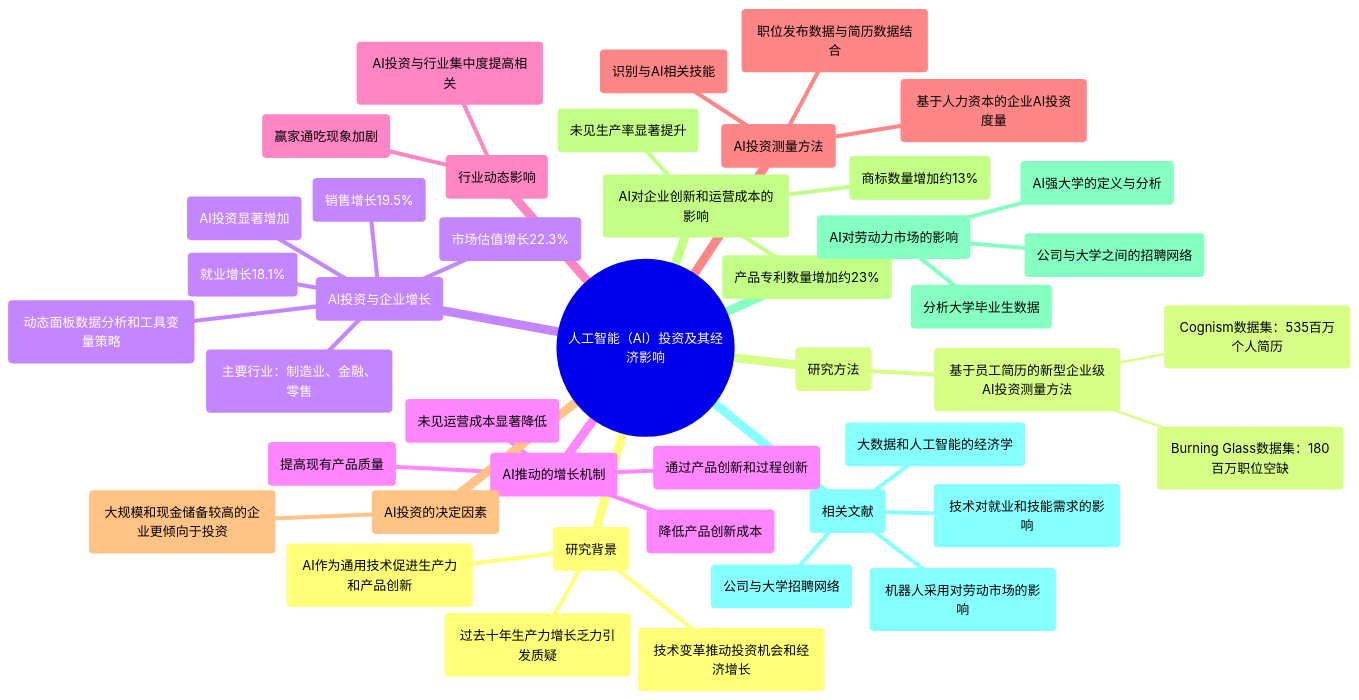
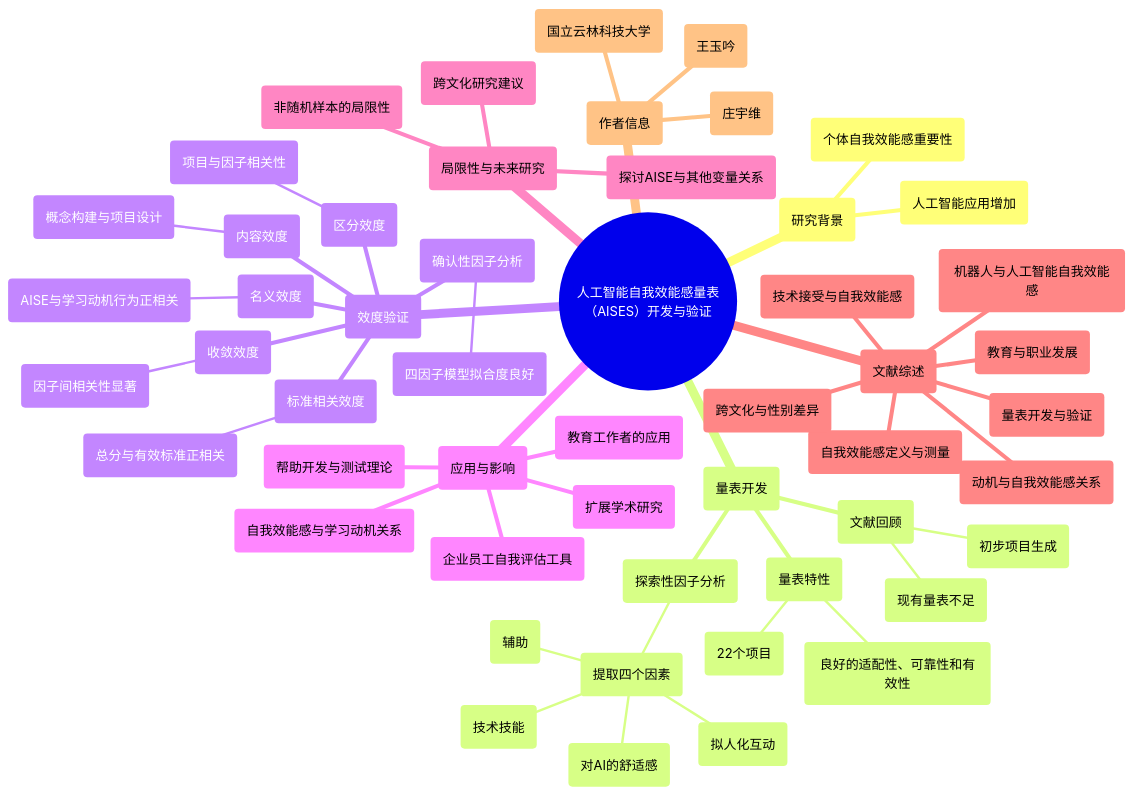
One commit to Fabreque/charles changed the first of 44 diagrams in AI技术类文章.md. Above: the diagram before and after it, drawn with Mermaid. The commit also changed other lines of this file and 6 other files, not shown here.

````diff
--- a/AI技术类文章.md
+++ b/AI技术类文章.md
@@ -119,46 +125,55 @@
 ```mermaid
 mindmap
-  root((人工智能（AI）投资及其经济影响))
+  root((人工智能自我效能感量表（AISES）开发与验证))
     ("研究背景")
-      ("技术变革推动投资机会和经济增长")
-      ("AI作为通用技术促进生产力和产品创新")
-      ("过去十年生产力增长乏力引发质疑")
-    ("研究方法")
-      ("基于员工简历的新型企业级AI投资测量方法")
-        ("Cognism数据集：535百万个人简历")
-        ("Burning Glass数据集：180百万职位空缺")
-    ("AI投资与企业增长")
-      ("AI投资显著增加")
-      ("销售增长19.5%")
-      ("就业增长18.1%")
-      ("市场估值增长22.3%")
-      ("主要行业：制造业、金融、零售")
-      ("动态面板数据分析和工具变量策略")
-    ("AI推动的增长机制")
-      ("通过产品创新和过程创新")
-      ("降低产品创新成本")
-      ("提高现有产品质量")
-      ("未见运营成本显著降低")
-    ("行业动态影响")
-      ("AI投资与行业集中度提高相关")
-      ("赢家通吃现象加剧")
-    ("AI投资测量方法")
-      ("基于人力资本的企业AI投资度量")
-      ("识别与AI相关技能")
-      ("职位发布数据与简历数据结合")
-    ("AI投资的决定因素")
-      ("大规模和现金储备较高的企业更倾向于投资")
-    ("AI对企业创新和运营成本的影响")
-      ("商标数量增加约13%")
-      ("产品专利数量增加约23%")
-      ("未见生产率显著提升")
-    ("AI对劳动力市场的影响")
-      ("分析大学毕业生数据")
-      ("公司与大学之间的招聘网络")
-      ("AI强大学的定义与分析")
-    ("相关文献")
-      ("技术对就业和技能需求的影响")
-      ("公司与大学招聘网络")
-      ("机器人采用对劳动市场的影响")
-      ("大数据和人工智能的经济学")
+      ("人工智能应用增加")
+      ("个体自我效能感重要性")
+    ("量表开发")
+      ("文献回顾")
+        ("现有量表不足")
+        ("初步项目生成")
+      ("探索性因子分析")
+        ("提取四个因素")
+          ("辅助")
+          ("拟人化互动")
+          ("对AI的舒适感")
+          ("技术技能")
+      ("量表特性")
+        ("22个项目")
+        ("良好的适配性、可靠性和有效性")
+    ("效度验证")
+      ("收敛效度")
+        ("因子间相关性显著")
+      ("区分效度")
+        ("项目与因子相关性")
+      ("内容效度")
+        ("概念构建与项目设计")
+      ("标准相关效度")
+        ("总分与有效标准正相关")
+      ("名义效度")
+        ("AISE与学习动机行为正相关")
+      ("确认性因子分析")
+        ("四因子模型拟合度良好")
+    ("应用与影响")
+      ("帮助开发与测试理论")
+      ("扩展学术研究")
+      ("自我效能感与学习动机关系")
+      ("教育工作者的应用")
+      ("企业员工自我评估工具")
+    ("局限性与未来研究")
+      ("非随机样本的局限性")
+      ("跨文化研究建议")
+      ("探讨AISE与其他变量关系")
+    ("文献综述")
+      ("自我效能感定义与测量")
+      ("量表开发与验证")
+      ("动机与自我效能感关系")
+      ("技术接受与自我效能感")
+      ("跨文化与性别差异")
+      ("机器人与人工智能自我效能感")
+      ("教育与职业发展")
+    ("作者信息")
+      ("王玉吟")
+      ("庄宇维")
+      ("国立云林科技大学")
 ```
````
